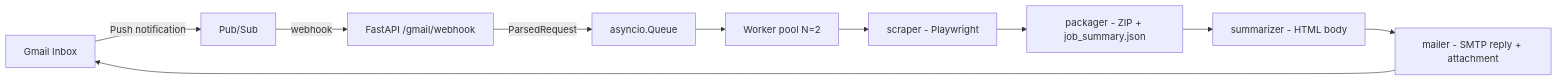
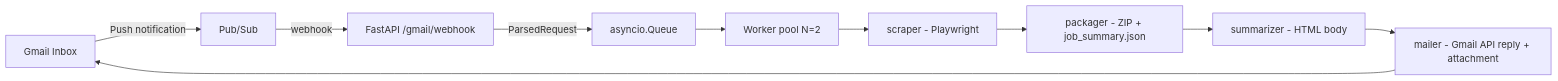
One commit to Koiiichi/vellum changed the diagram in README.md. Above: the diagram before and after it, drawn with Mermaid. The commit also changed other lines of this file and 10 other files, not shown here.

````diff
--- a/README.md
+++ b/README.md
@@ -47,12 +47,12 @@
 ```mermaid
 flowchart LR
     G[Gmail Inbox] -->|Push notification| P[Pub/Sub]
     P -->|webhook| W[FastAPI /gmail/webhook]
     W -->|ParsedRequest| Q[asyncio.Queue]
     Q --> WK[Worker pool N=2]
     WK --> S[scraper - Playwright]
     S --> PK[packager - ZIP + job_summary.json]
     PK --> SM[summarizer - HTML body]
-    SM --> M[mailer - SMTP reply + attachment]
+    SM --> M[mailer - Gmail API reply + attachment]
     M --> G
 ```
````
